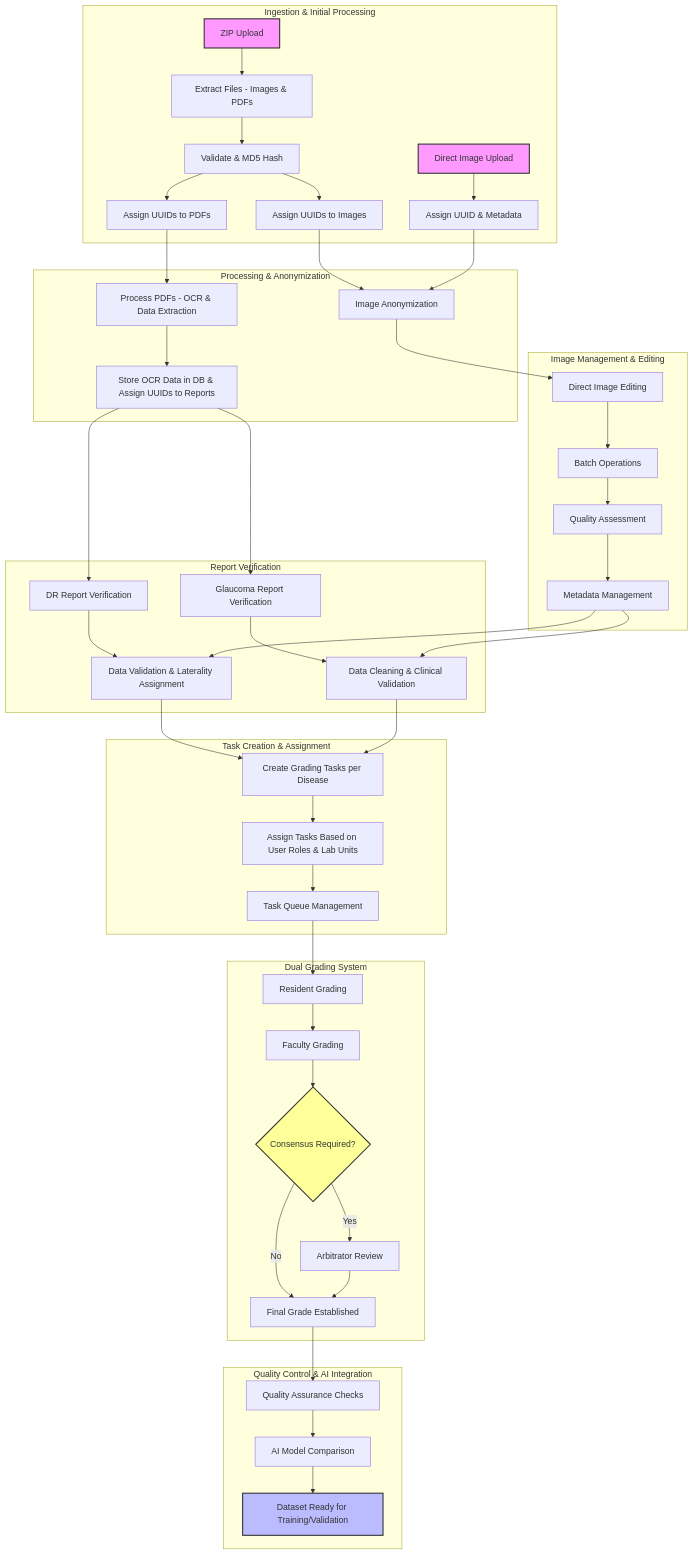
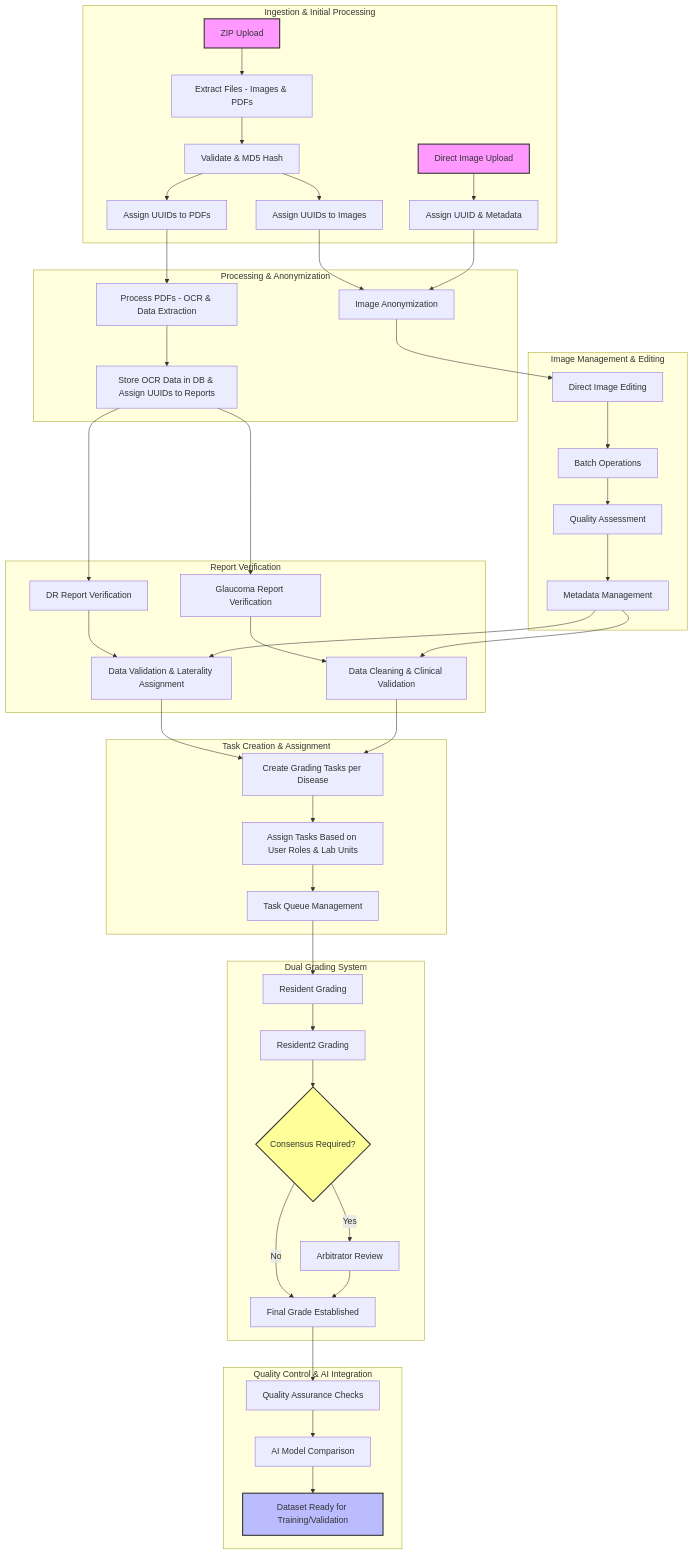
Before and after one commit to drguptavivek/fundus_img_xtract: the diagram in README.md, drawn with Mermaid. The commit also changed 98 other files, not shown here.

````diff
--- a/README.md
+++ b/README.md
@@ -200,62 +200,62 @@
 ```mermaid
 flowchart TD
     subgraph Ingestion & Initial Processing
         A[ZIP Upload] --> B[Extract Files - Images & PDFs];
         B --> C[Validate & MD5 Hash];
         C --> D1[Assign UUIDs to Images];
         C --> D2[Assign UUIDs to PDFs];
 
         E[Direct Image Upload] --> F[Assign UUID & Metadata];
     end
 
     subgraph Processing & Anonymization
         D1 --> G[Image Anonymization];
         F --> G;
 
         D2 --> H[Process PDFs - OCR & Data Extraction];
         H --> I[Store OCR Data in DB & Assign UUIDs to Reports];
     end
 
     subgraph Image Management & Editing
         G --> J1[Direct Image Editing];
         J1 --> J2[Batch Operations];
         J2 --> J3[Quality Assessment];
         J3 --> J4[Metadata Management];
     end
 
     subgraph Report Verification
         I --> K1[DR Report Verification];
         I --> K2[Glaucoma Report Verification];
         K1 --> K3[Data Validation & Laterality Assignment];
         K2 --> K4[Data Cleaning & Clinical Validation];
         J4 --> K3;
         J4 --> K4;
     end
 
     subgraph Task Creation & Assignment
         K3 --> L[Create Grading Tasks per Disease];
         K4 --> L;
         L --> M[Assign Tasks Based on User Roles & Lab Units];
         M --> N[Task Queue Management];
     end
 
     subgraph Dual Grading System
         N --> O[Resident Grading];
-        O --> P[Faculty Grading];
+        O --> P[Resident2 Grading];
         P --> Q{Consensus Required?};
         Q -->|Yes| R[Arbitrator Review];
         Q -->|No| S[Final Grade Established];
         R --> S;
     end
 
     subgraph Quality Control & AI Integration
         S --> T[Quality Assurance Checks];
         T --> U[AI Model Comparison];
         U --> V[Dataset Ready for Training/Validation];
     end
 
     style A fill:#f9f,stroke:#333,stroke-width:2px;
     style E fill:#f9f,stroke:#333,stroke-width:2px;
     style V fill:#bbf,stroke:#333,stroke-width:2px;
     style Q fill:#ff9,stroke:#333,stroke-width:2px;
 ```
````
